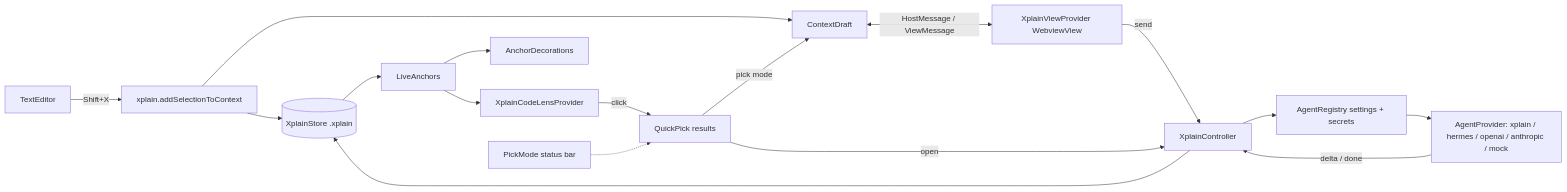
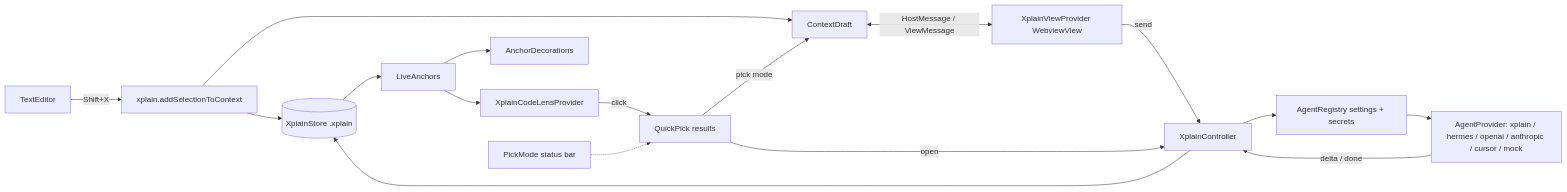
Before and after one commit to sisgrad/XPlain: the diagram in docs/06-architecture.md, drawn with Mermaid. The commit also changed 20 other files, not shown here.

First line of the commit message:
Add Cursor SDK provider, fix select contrast, persist Context prefs

````diff
--- a/docs/06-architecture.md
+++ b/docs/06-architecture.md
@@ -5,19 +5,19 @@
 ```mermaid
 flowchart LR
   Editor[TextEditor] -->|Shift+X| AddCmd[xplain.addSelectionToContext]
   AddCmd --> Store[(XplainStore .xplain)]
   AddCmd --> Draft[ContextDraft]
   Draft <-->|HostMessage / ViewMessage| Panel[XplainViewProvider WebviewView]
   Panel -->|send| Controller[XplainController]
   Controller --> Registry[AgentRegistry settings + secrets]
-  Registry --> Agent[AgentProvider: xplain / hermes / openai / anthropic / mock]
+  Registry --> Agent[AgentProvider: xplain / hermes / openai / anthropic / cursor / mock]
   Agent -->|delta / done| Controller
   Controller --> Store
   Store --> Live[LiveAnchors]
   Live --> Lens[XplainCodeLensProvider]
   Live --> Deco[AnchorDecorations]
   Lens -->|click| QP[QuickPick results]
   QP -->|open| Controller
   QP -->|pick mode| Draft
   Pick[PickMode status bar] -.-> QP
 ```
````
